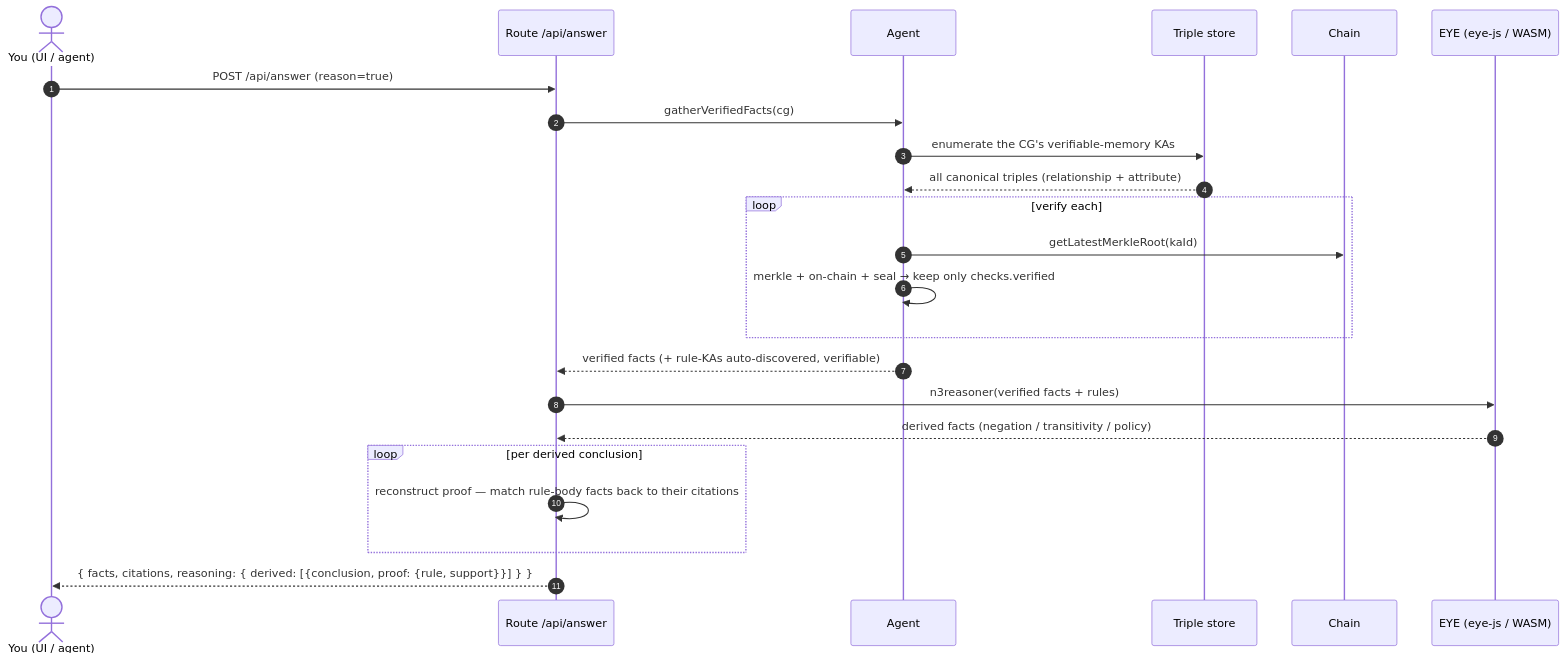
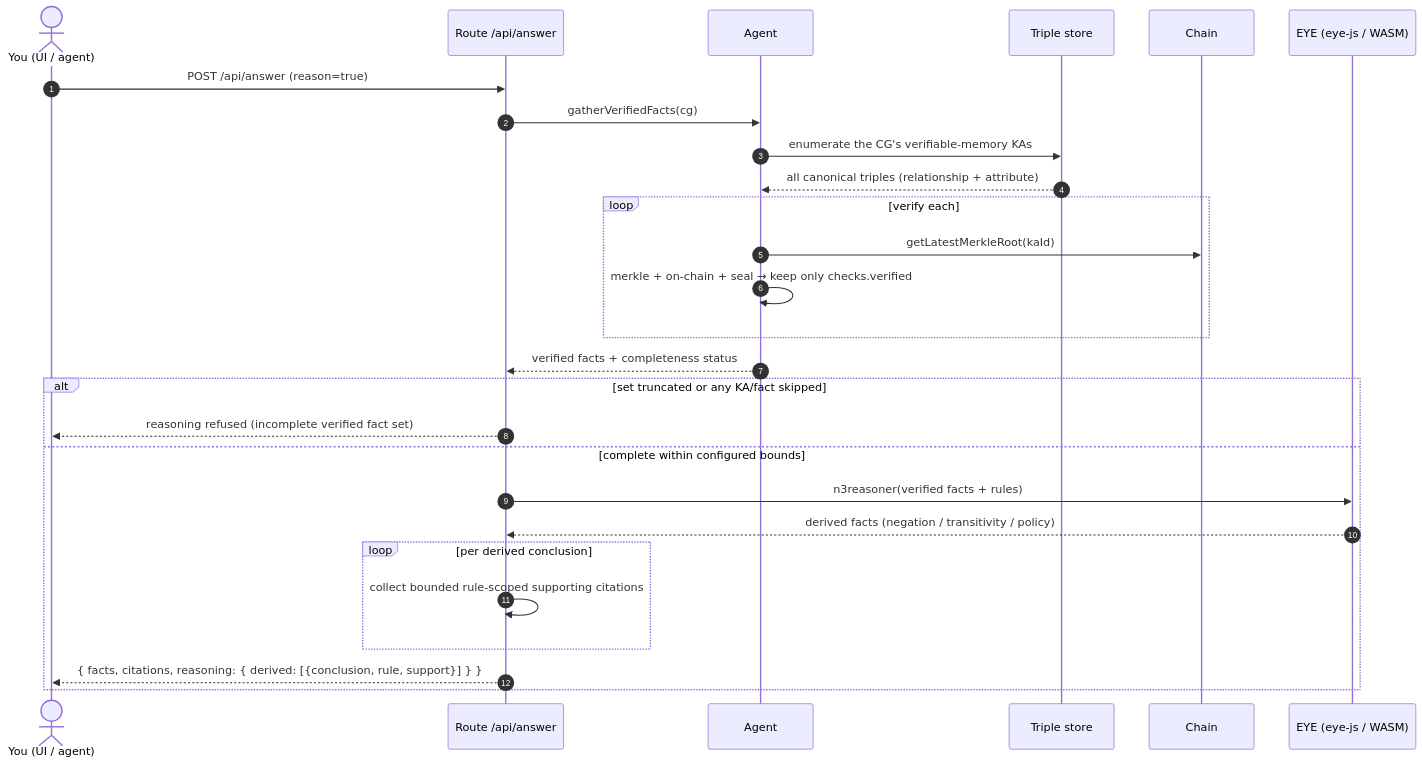
The third of 3 diagrams in docs/use-dkg/drag-sequence.md (OriginTrail/dkg), drawn with Mermaid before and after one commit. The commit also changed other lines of this file and 36 other files, not shown here.

````diff
--- a/docs/use-dkg/drag-sequence.md
+++ b/docs/use-dkg/drag-sequence.md
@@ -151,26 +153,30 @@
 ```mermaid
 sequenceDiagram
     autonumber
     actor U as You (UI / agent)
     participant R as Route /api/answer
     participant A as Agent
     participant TS as Triple store
     participant CH as Chain
     participant E as EYE (eye-js / WASM)
 
     U->>R: POST /api/answer (reason=true)
     R->>A: gatherVerifiedFacts(cg)
     A->>TS: enumerate the CG's verifiable-memory KAs
     TS-->>A: all canonical triples (relationship + attribute)
     loop verify each
         A->>CH: getLatestMerkleRoot(kaId)
         A->>A: merkle + on-chain + seal → keep only checks.verified
     end
-    A-->>R: verified facts (+ rule-KAs auto-discovered, verifiable)
+    A-->>R: verified facts + completeness status
+    alt set truncated or any KA/fact skipped
+        R-->>U: reasoning refused (incomplete verified fact set)
+    else complete within configured bounds
     R->>E: n3reasoner(verified facts + rules)
     E-->>R: derived facts (negation / transitivity / policy)
     loop per derived conclusion
-        R->>R: reconstruct proof — match rule-body facts back to their citations
+        R->>R: collect bounded rule-scoped supporting citations
     end
-    R-->>U: { facts, citations, reasoning: { derived: [{conclusion, proof: {rule, support}}] } }
+    R-->>U: { facts, citations, reasoning: { derived: [{conclusion, rule, support}] } }
+    end
 ```
````
